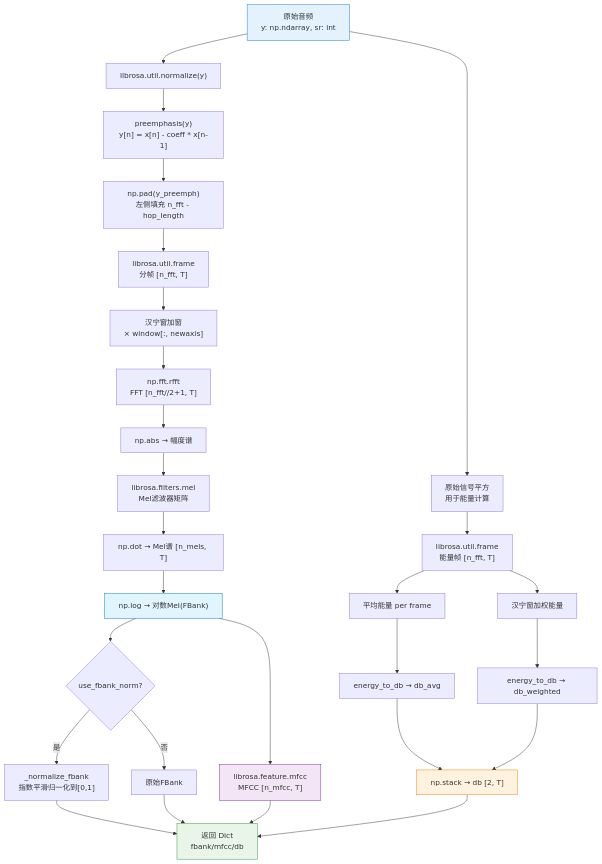
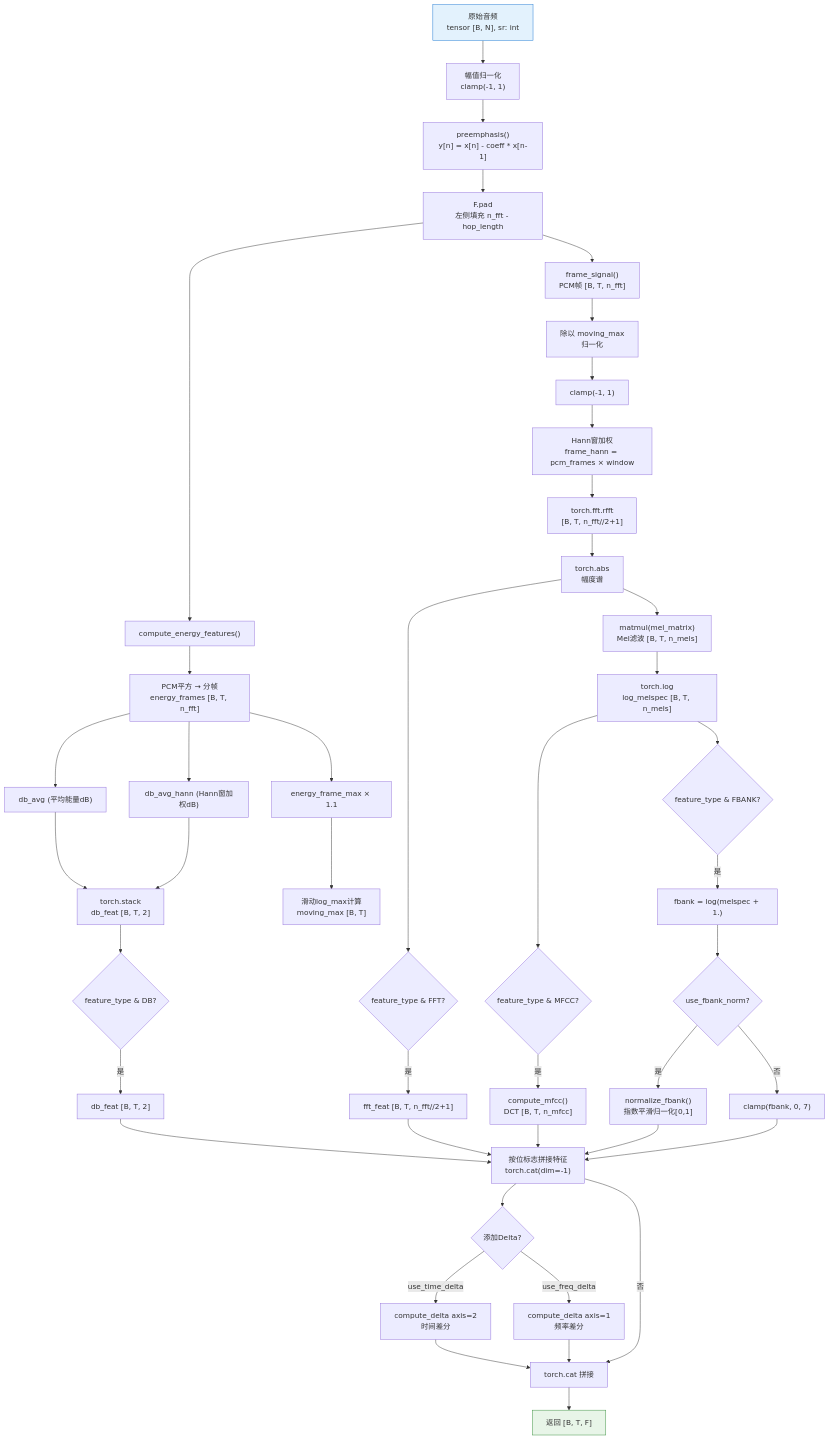
One commit to pkuCactus/crydet changed the second of 3 diagrams in docs/feature_extraction_flow.md. Above: the diagram before and after it, drawn with Mermaid. The commit also changed other lines of this file and 11 other files, not shown here.

````diff
--- a/docs/feature_extraction_flow.md
+++ b/docs/feature_extraction_flow.md
@@ -59,40 +64,58 @@
 ```mermaid
 flowchart TD
-    A["原始音频\ny: np.ndarray, sr: int"] --> B["librosa.util.normalize(y)"]
-    B --> C["preemphasis(y)\ny[n] = x[n] - coeff * x[n-1]"]
-    C --> D["np.pad(y_preemph)\n左侧填充 n_fft - hop_length"]
-    D --> E["librosa.util.frame\n分帧 [n_fft, T]"]
+    A["原始音频\ntensor [B, N], sr: int"] --> B["幅值归一化<br/>clamp(-1, 1)"]
+    B --> C["preemphasis()<br/>y[n] = x[n] - coeff * x[n-1]"]
+    C --> D["F.pad<br/>左侧填充 n_fft - hop_length"]
 
-    A --> F["原始信号平方\n用于能量计算"]
-    F --> G["librosa.util.frame\n能量帧 [n_fft, T]"]
+    D --> E["compute_energy_features()"]
+    E --> E1["PCM平方 → 分帧<br/>energy_frames [B, T, n_fft]"]
+    E1 --> E2["db_avg (平均能量dB)"]
+    E1 --> E3["db_avg_hann (Hann窗加权dB)"]
+    E2 --> E4["torch.stack<br/>db_feat [B, T, 2]"]
+    E3 --> E4
+    E1 --> E5["energy_frame_max × 1.1"]
+    E5 --> E6["滑动log_max计算<br/>moving_max [B, T]"]
 
-    E --> H["汉宁窗加窗\n× window[:, newaxis]"]
-    H --> I["np.fft.rfft\nFFT [n_fft//2+1, T]"]
-    I --> J["np.abs → 幅度谱"]
-    J --> K["librosa.filters.mel\nMel滤波器矩阵"]
-    K --> L["np.dot → Mel谱 [n_mels, T]"]
-    L --> M["np.log → 对数Mel(FBank)"]
-    M --> N["librosa.feature.mfcc\nMFCC [n_mfcc, T]"]
+    D --> F["frame_signal()<br/>PCM帧 [B, T, n_fft]"]
+    F --> F1["除以 moving_max<br/>归一化"]
+    F1 --> F2["clamp(-1, 1)"]
+    F2 --> F3["Hann窗加权<br/>frame_hann = pcm_frames × window"]
+    F3 --> F4["torch.fft.rfft<br/>[B, T, n_fft//2+1]"]
+    F4 --> F5["torch.abs<br/>幅度谱"]
 
-    G --> O["平均能量 per frame"]
-    G --> P["汉宁窗加权能量"]
-    O --> Q["energy_to_db → db_avg"]
-    P --> R["energy_to_db → db_weighted"]
-    Q --> S["np.stack → db [2, T]"]
-    R --> S
+    F5 --> G1{feature_type & FFT?}
+    G1 -->|是| G2["fft_feat [B, T, n_fft//2+1]"]
 
-    M --> T{use_fbank_norm?}
-    T -->|是| U["_normalize_fbank\n指数平滑归一化到[0,1]"]
-    T -->|否| V["原始FBank"]
+    F5 --> H["matmul(mel_matrix)<br/>Mel滤波 [B, T, n_mels]"]
+    H --> H1["torch.log<br/>log_melspec [B, T, n_mels]"]
 
-    U --> W["返回 Dict\nfbank/mfcc/db"]
-    V --> W
-    N --> W
-    S --> W
+    H1 --> I1{feature_type & MFCC?}
+    I1 -->|是| I2["compute_mfcc()<br/>DCT [B, T, n_mfcc]"]
+
+    H1 --> J1{feature_type & FBANK?}
+    J1 -->|是| J2["fbank = log(melspec + 1.)"]
+    J2 --> J3{use_fbank_norm?}
+    J3 -->|是| J4["normalize_fbank()<br/>指数平滑归一化[0,1]"]
+    J3 -->|否| J5["clamp(fbank, 0, 7)"]
+
+    E4 --> K1{feature_type & DB?}
+    K1 -->|是| K2["db_feat [B, T, 2]"]
+
+    G2 --> L["按位标志拼接特征<br/>torch.cat(dim=-1)"]
+    I2 --> L
+    J4 --> L
+    J5 --> L
+    K2 --> L
+
+    L --> M{"添加Delta?"}
+    M -->|use_time_delta| N1["compute_delta axis=2<br/>时间差分"]
+    M -->|use_freq_delta| N2["compute_delta axis=1<br/>频率差分"]
+    N1 --> N3["torch.cat 拼接"]
+    N2 --> N3
+    L -->|否| N3
+
+    N3 --> O["返回 [B, T, F]"]
 
     style A fill:#e3f2fd,stroke:#1976d2
-    style M fill:#e1f5fe,stroke:#0277bd
-    style N fill:#f3e5f5,stroke:#7b1fa2
-    style S fill:#fff3e0,stroke:#f57c00
-    style W fill:#e8f5e8,stroke:#388e3c
+    style O fill:#e8f5e8,stroke:#388e3c
 ```
````
